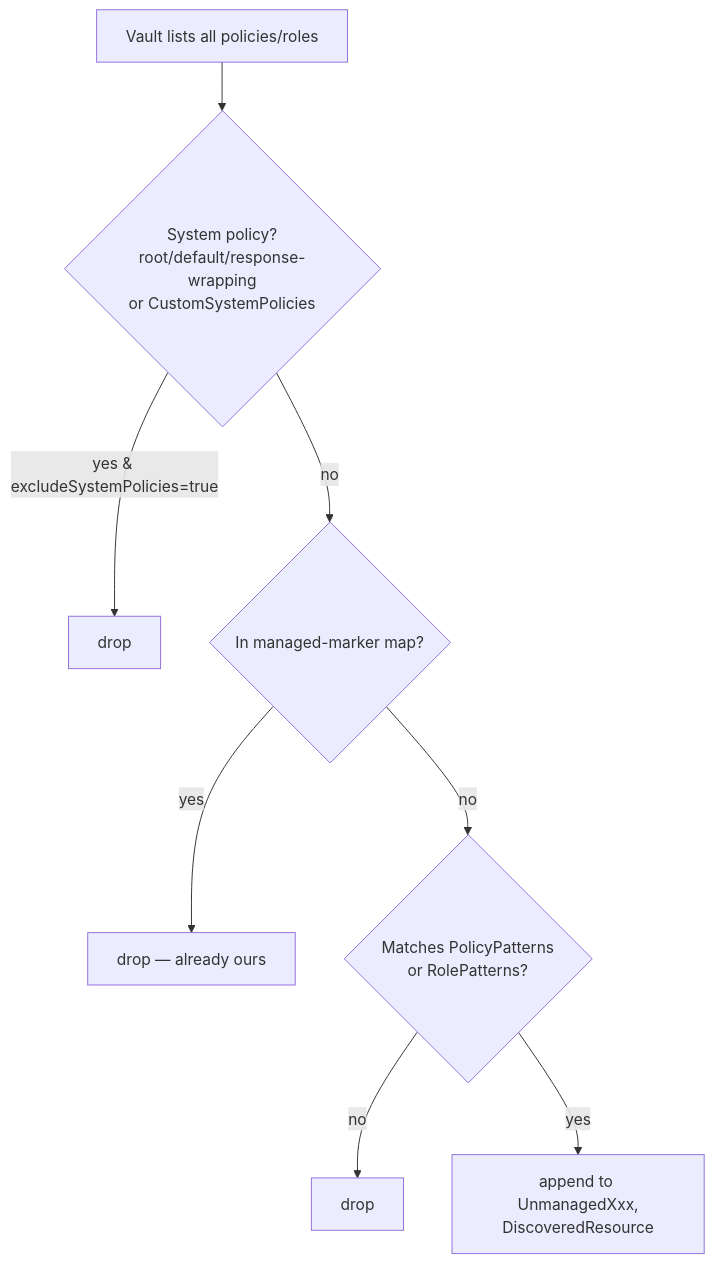
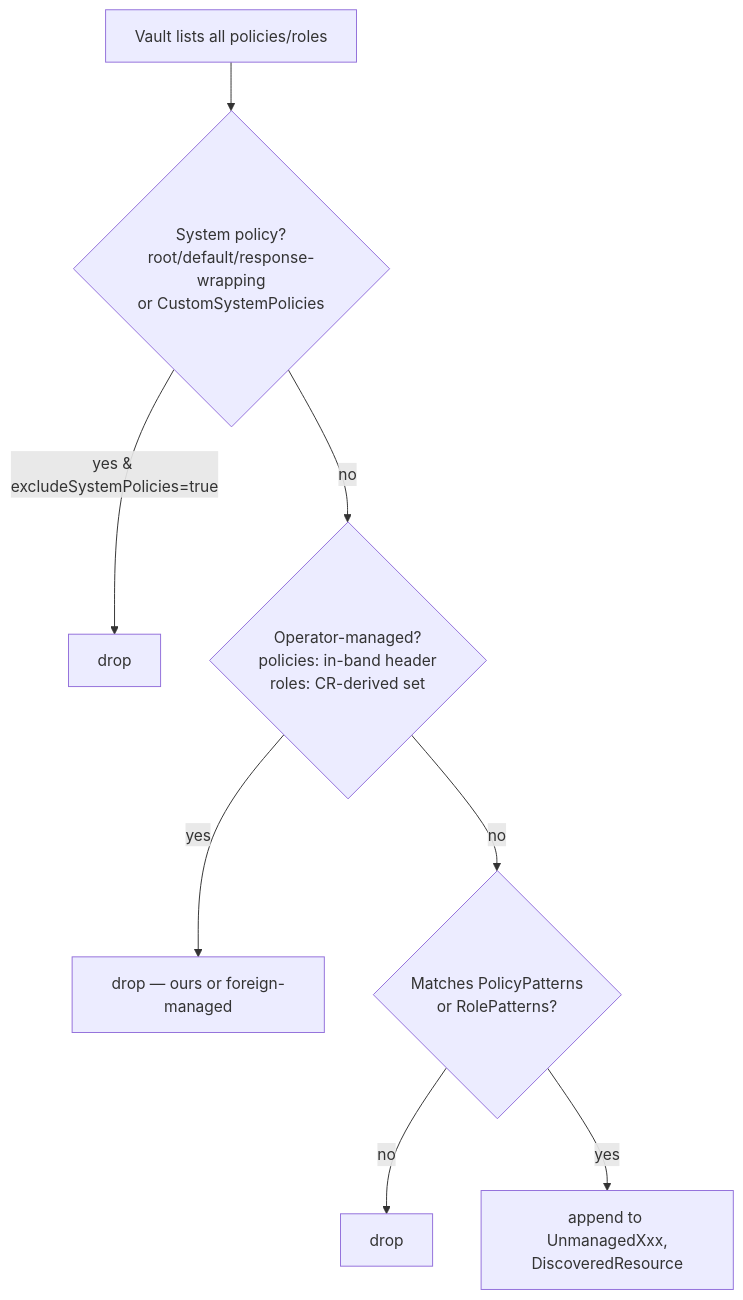
One commit to panteparak/vault-access-operator changed the second of 3 diagrams in docs/internal/FLOW_DISCOVERY.md. Above: the diagram before and after it, drawn with Mermaid. The commit also changed other lines of this file and 55 other files, not shown here.

First line of the commit message:
feat(markers)!: in-band ownership markers on the managed Vault objects (#10)

````diff
--- a/docs/internal/FLOW_DISCOVERY.md
+++ b/docs/internal/FLOW_DISCOVERY.md
@@ -123,10 +121,10 @@
 ```mermaid
 flowchart TD
     All[Vault lists all policies/roles] --> SystemPol{System policy?<br/>root/default/response-wrapping<br/>or CustomSystemPolicies}
     SystemPol -->|yes & excludeSystemPolicies=true| Drop1[drop]
-    SystemPol -->|no| Managed{In managed-marker map?}
-    Managed -->|yes| Drop2[drop — already ours]
+    SystemPol -->|no| Managed{Operator-managed?<br/>policies: in-band header<br/>roles: CR-derived set}
+    Managed -->|yes| Drop2[drop — ours or foreign-managed]
     Managed -->|no| Pattern{Matches PolicyPatterns<br/>or RolePatterns?}
     Pattern -->|no| Drop3[drop]
     Pattern -->|yes| Keep[append to UnmanagedXxx,<br/>DiscoveredResource]
 ```
````
